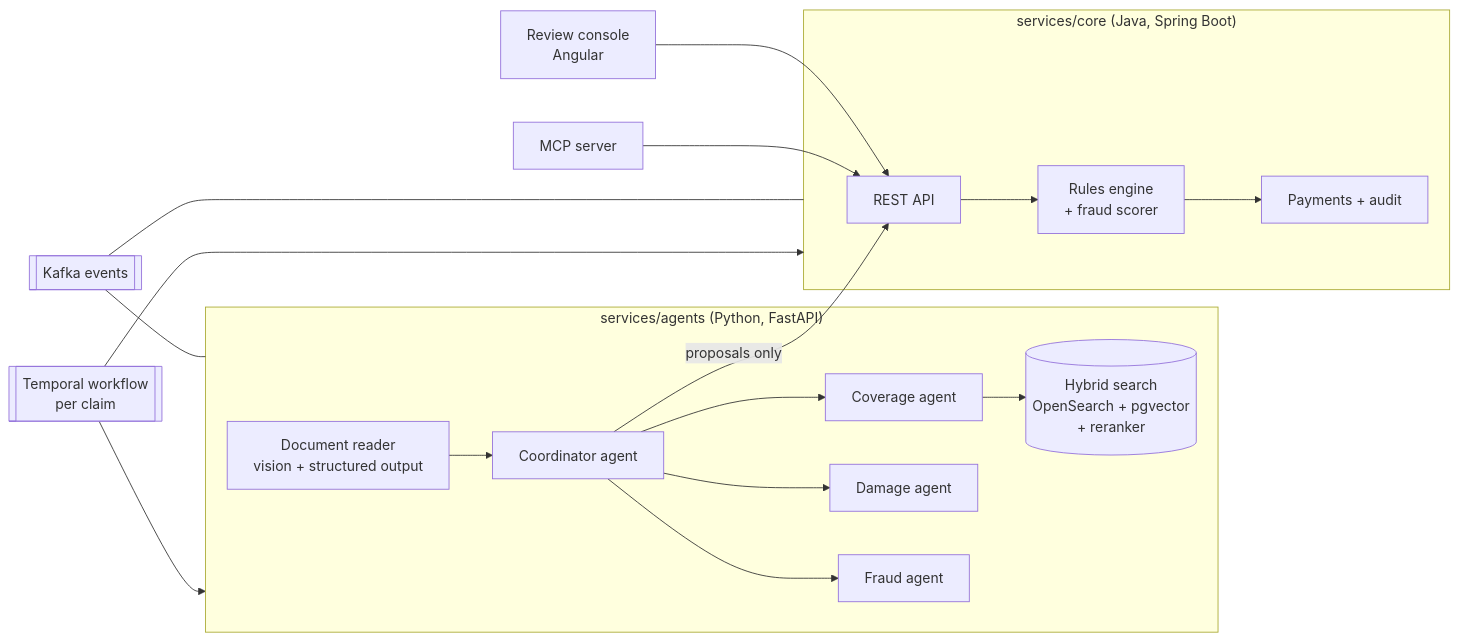
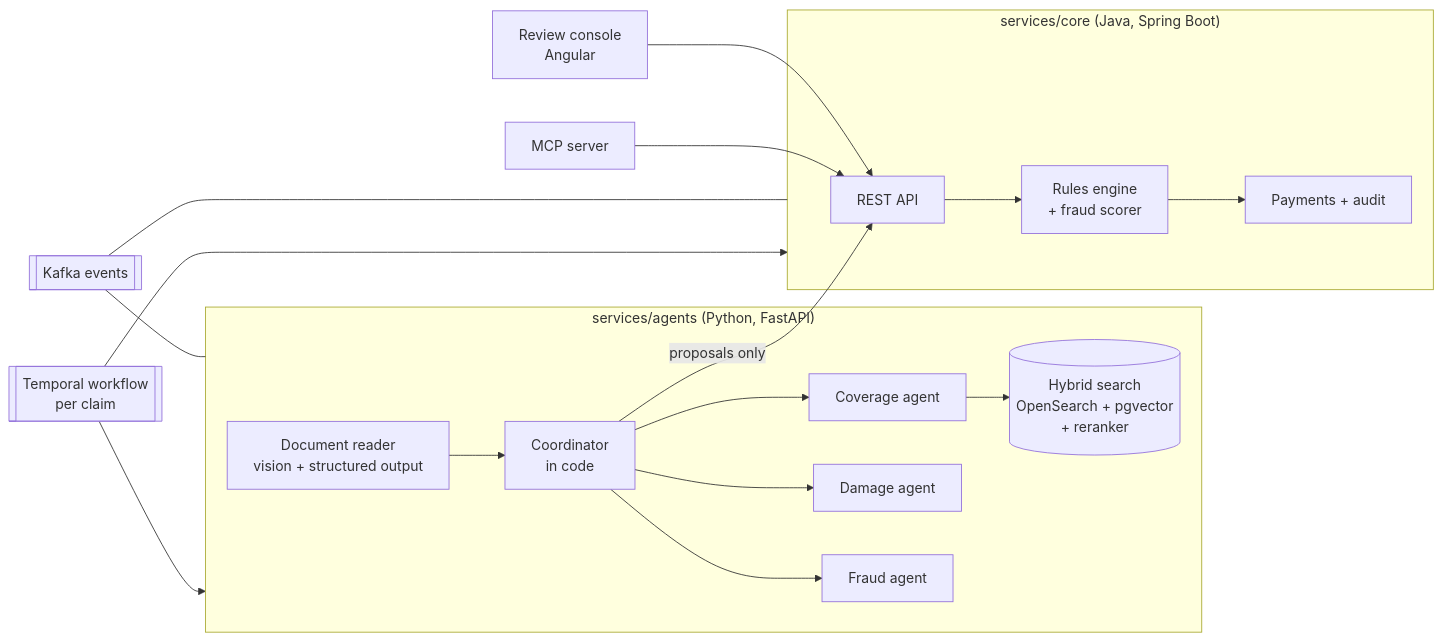
The diagram in README.md (rnachoc/tramita), drawn with Mermaid before and after one commit. The commit also changed other lines of this file and 1 other file, not shown here.

````diff
--- a/README.md
+++ b/README.md
@@ -35,21 +35,21 @@
 ```mermaid
 flowchart LR
     subgraph agents["services/agents (Python, FastAPI)"]
-        X[Document reader<br/>vision + structured output] --> C[Coordinator agent]
+        X[Document reader<br/>vision + structured output] --> C[Coordinator<br/>in code]
         C --> CA[Coverage agent]
         C --> DA[Damage agent]
         C --> FA[Fraud agent]
         CA --> R[(Hybrid search<br/>OpenSearch + pgvector<br/>+ reranker)]
     end
     subgraph core["services/core (Java, Spring Boot)"]
         API[REST API] --> RULES[Rules engine<br/>+ fraud scorer]
         RULES --> PAY[Payments + audit]
     end
     K[[Kafka events]] --- agents
     K --- core
     T[[Temporal workflow<br/>per claim]] --> agents
     T --> core
     UI[Review console<br/>Angular] --> API
     MCP[MCP server] --> API
     C -- proposals only --> API
 ```
````
